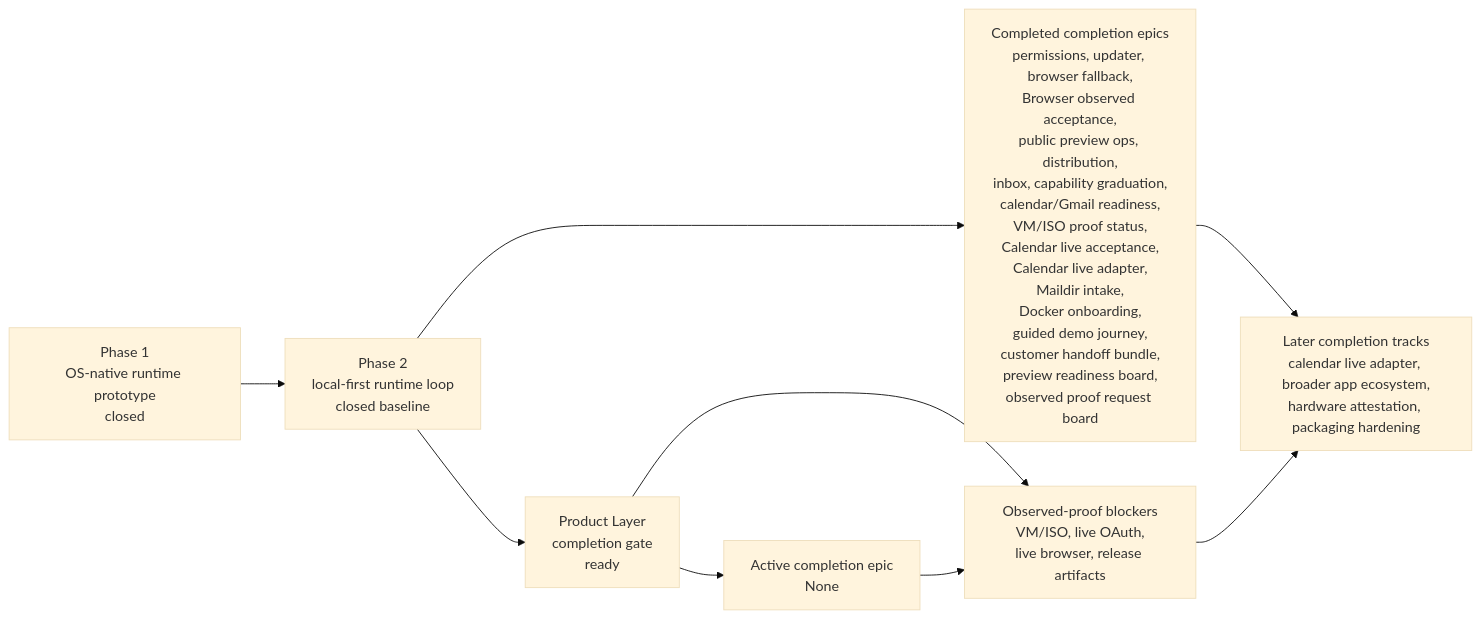
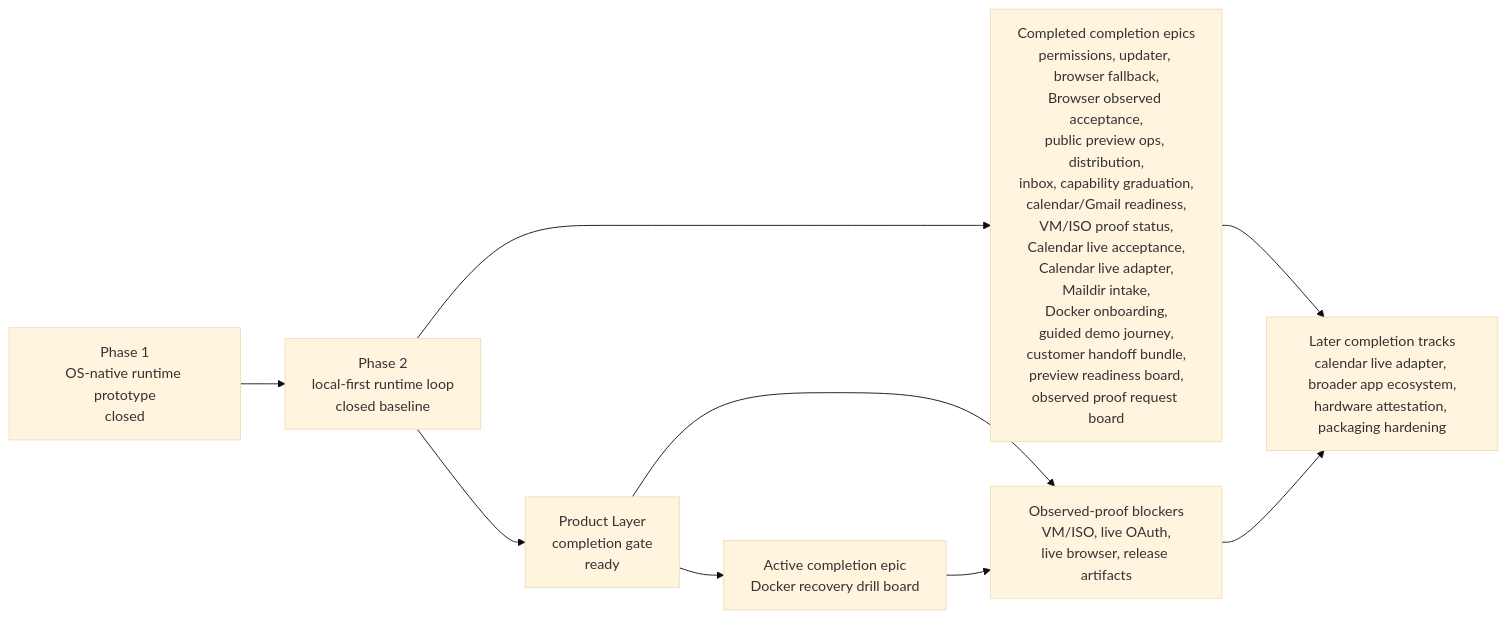
The diagram in README.md (Jongtae/agentos), drawn with Mermaid (base theme) before and after one commit. The commit also changed other lines of this file and 10 other files, not shown here.

Commit message:
Add Docker recovery drill board

````diff
--- a/README.md
+++ b/README.md
@@ -179,17 +179,17 @@
 ```mermaid
 flowchart LR
   phase1["Phase 1\nOS-native runtime prototype\nclosed"]
   phase2["Phase 2\nlocal-first runtime loop\nclosed baseline"]
   ready["Product Layer\ncompletion gate\nready"]
-  active["Active completion epic\nNone"]
+  active["Active completion epic\nDocker recovery drill board"]
   completed["Completed completion epics\npermissions, updater, browser fallback,\nBrowser observed acceptance,\npublic preview ops, distribution,\ninbox, capability graduation,\ncalendar/Gmail readiness,\nVM/ISO proof status,\nCalendar live acceptance,\nCalendar live adapter,\nMaildir intake,\nDocker onboarding,\nguided demo journey,\ncustomer handoff bundle,\npreview readiness board,\nobserved proof request board"]
   blocked["Observed-proof blockers\nVM/ISO, live OAuth,\nlive browser, release artifacts"]
   future["Later completion tracks\ncalendar live adapter, broader app ecosystem,\nhardware attestation, packaging hardening"]
 
   phase1 --> phase2 --> ready --> active
   phase2 --> completed
   ready --> blocked
   active --> blocked
   completed --> future
   blocked --> future
 ```
````
